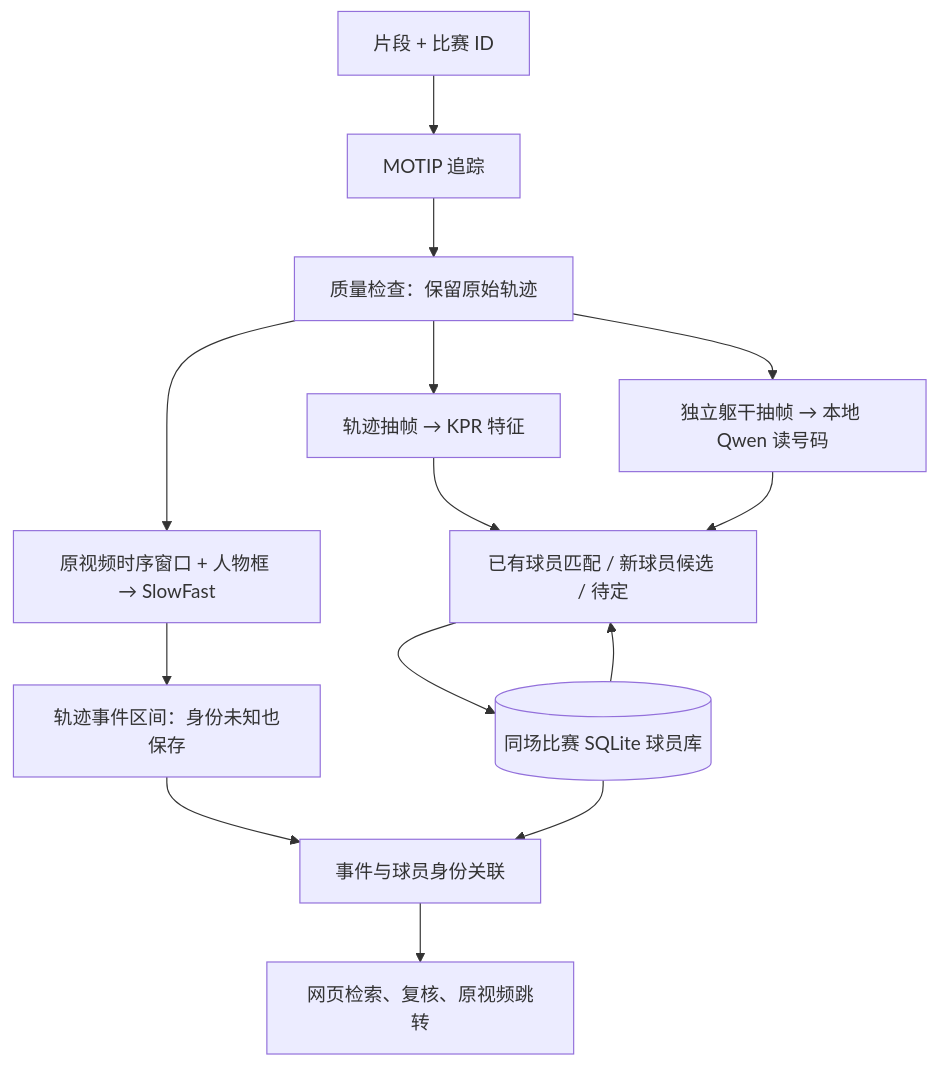
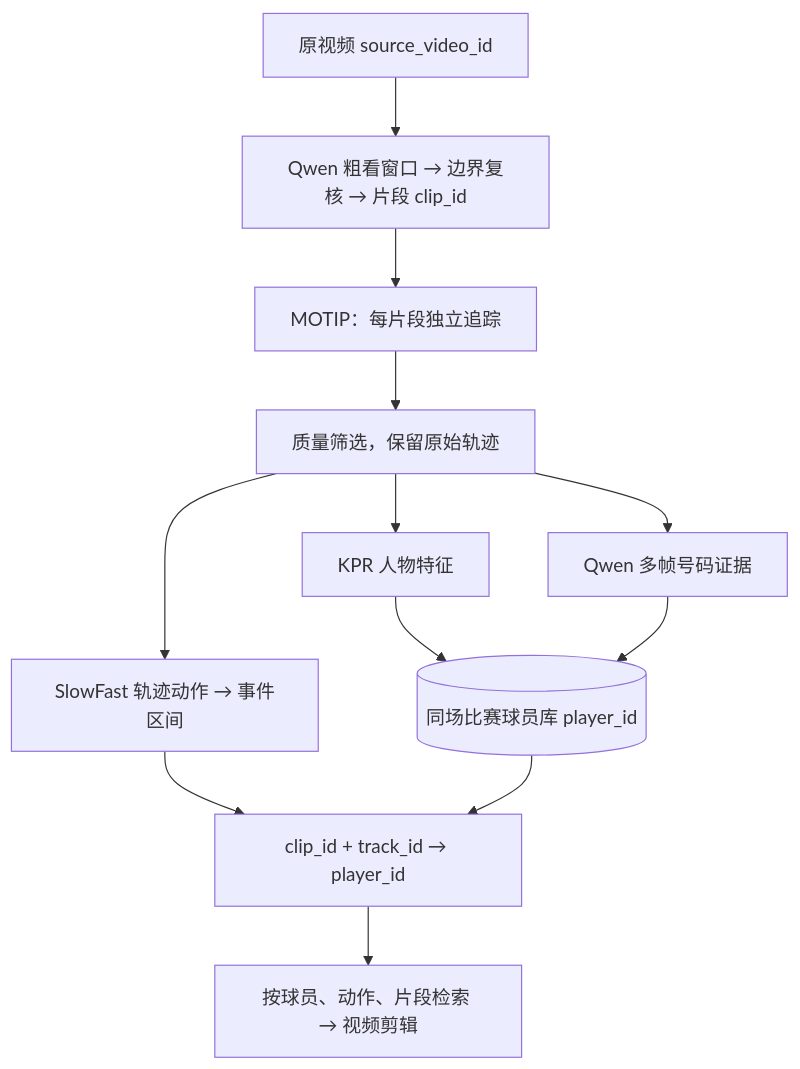
Before and after one commit to 33613/basket_cut: the diagram in README.md, drawn with Mermaid. The commit also changed other lines of this file and 33 other files, not shown here.

````diff
--- a/README.md
+++ b/README.md
@@ -9,16 +5,14 @@
 ```mermaid
 flowchart TD
-    V[片段 + 比赛 ID] --> T[MOTIP 追踪]
-    T --> Q[质量检查：保留原始轨迹]
-    Q --> A[原视频时序窗口 + 人物框 → SlowFast]
-    A --> E[轨迹事件区间：身份未知也保存]
-    Q --> K[轨迹抽帧 → KPR 特征]
-    Q --> N[独立躯干抽帧 → 本地 Qwen 读号码]
-    K --> P[已有球员匹配 / 新球员候选 / 待定]
+    S[原视频 source_video_id] --> C[Qwen 粗看窗口 → 边界复核 → 片段 clip_id]
+    C --> T[MOTIP：每片段独立追踪]
+    T --> Q[质量筛选，保留原始轨迹]
+    Q --> K[KPR 人物特征]
+    Q --> N[Qwen 多帧号码证据]
+    K --> P[(同场比赛球员库 player_id)]
     N --> P
-    DB[(同场比赛 SQLite 球员库)] --> P
-    P --> DB
-    E --> I[事件与球员身份关联]
-    DB --> I
-    I --> W[网页检索、复核、原视频跳转]
+    Q --> A[SlowFast 轨迹动作 → 事件区间]
+    A --> J[clip_id + track_id → player_id]
+    P --> J
+    J --> W[按球员、动作、片段检索 → 视频剪辑]
 ```
````
